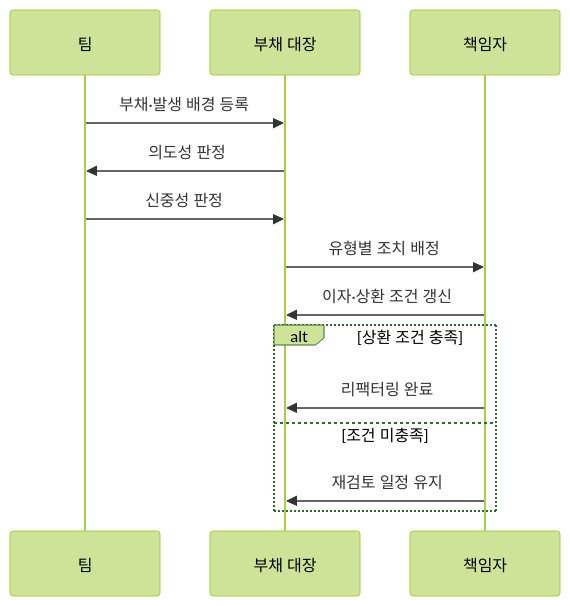
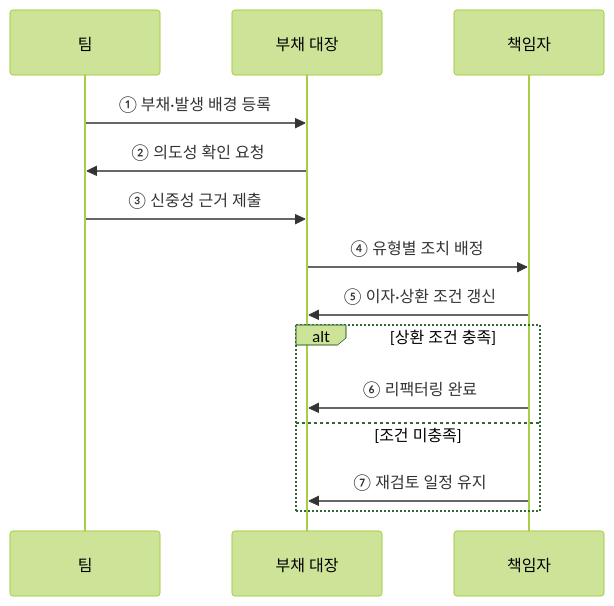
The second of 2 diagrams in src/content/docs/notes/03-software/066_technical_debt_quadrant.md (agnusdei1207/knowledge-base), drawn with Mermaid (forest theme) before and after one commit. The commit also changed other lines of this file and 20 other files, not shown here.

````diff
--- a/src/content/docs/notes/03-software/066_technical_debt_quadrant.md
+++ b/src/content/docs/notes/03-software/066_technical_debt_quadrant.md
@@ -78,16 +68,16 @@
 ```mermaid
 sequenceDiagram
     participant T as 팀
     participant R as 부채 대장
     participant O as 책임자
-    T->>R: 부채·발생 배경 등록
-    R->>T: 의도성 판정
-    T->>R: 신중성 판정
-    R->>O: 유형별 조치 배정
-    O->>R: 이자·상환 조건 갱신
+    T->>R: ① 부채·발생 배경 등록
+    R->>T: ② 의도성 확인 요청
+    T->>R: ③ 신중성 근거 제출
+    R->>O: ④ 유형별 조치 배정
+    O->>R: ⑤ 이자·상환 조건 갱신
     alt 상환 조건 충족
-        O->>R: 리팩터링 완료
+        O->>R: ⑥ 리팩터링 완료
     else 조건 미충족
-        O->>R: 재검토 일정 유지
+        O->>R: ⑦ 재검토 일정 유지
     end
 ```
````
